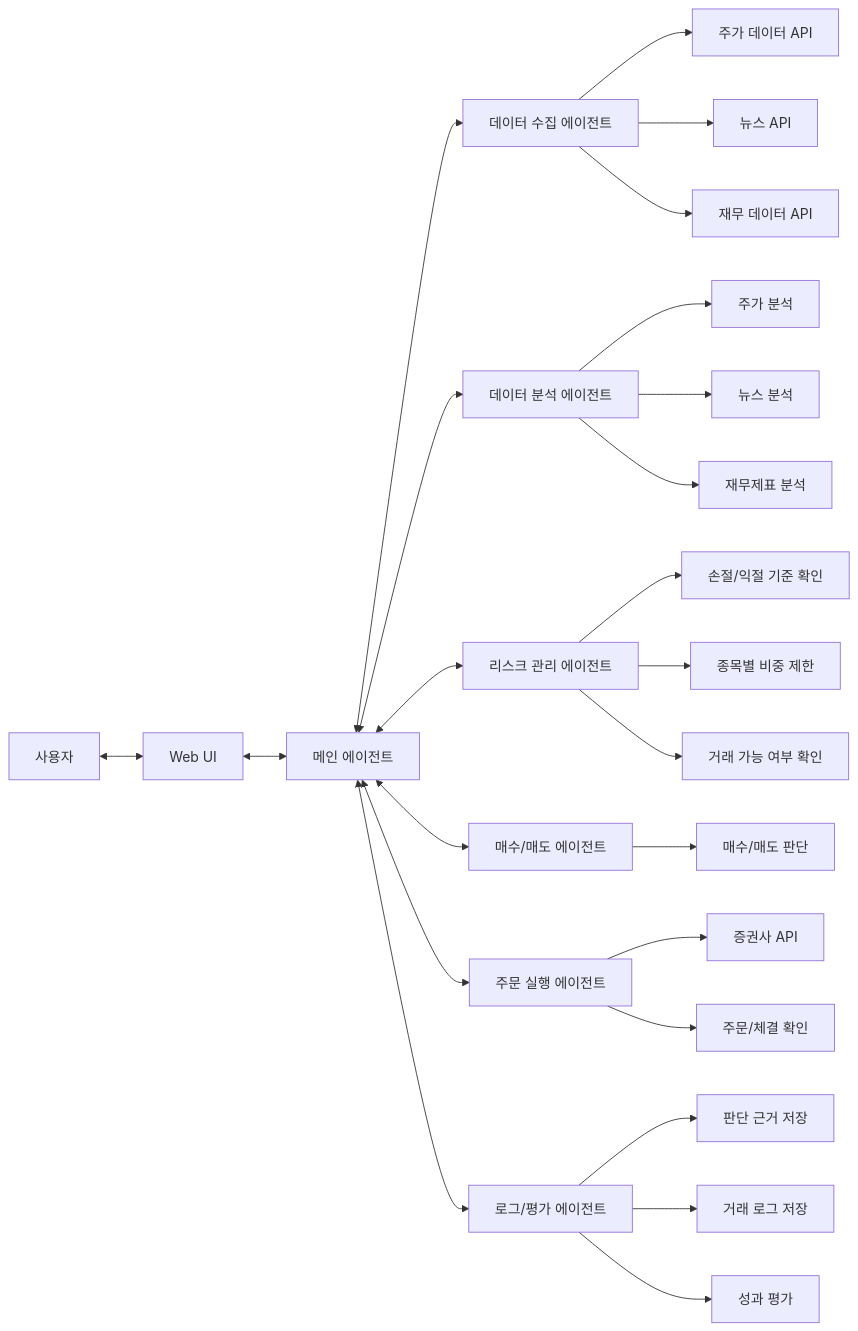
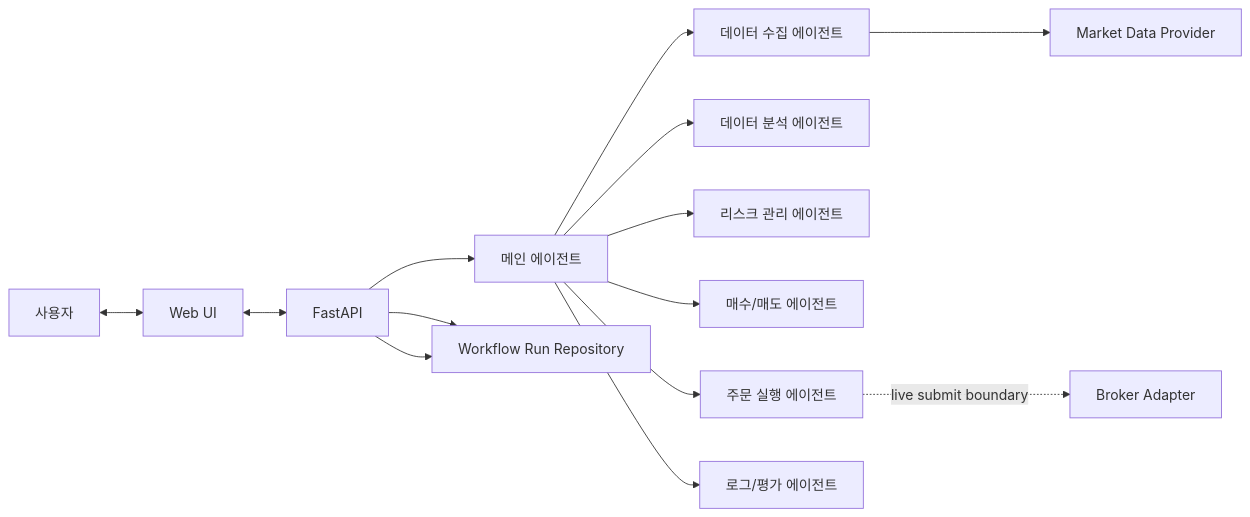
The diagram in docs/architecture.md (lukakas0213/agent-pay-for-urself), drawn with Mermaid before and after one commit. The commit also changed other lines of this file and 38 other files, not shown here.

````diff
--- a/docs/architecture.md
+++ b/docs/architecture.md
@@ -17,65 +18,34 @@
 ```mermaid
 flowchart LR
     U[사용자]
     UI[Web UI]
+    API[FastAPI]
     MA[메인 에이전트]
 
     DC[데이터 수집 에이전트]
     DA[데이터 분석 에이전트]
     RM[리스크 관리 에이전트]
     BS[매수/매도 에이전트]
     OE[주문 실행 에이전트]
     LE[로그/평가 에이전트]
 
-    PRICE[주가 데이터 API]
-    NEWS[뉴스 API]
-    FIN[재무 데이터 API]
-
-    PRICE_ANALYSIS[주가 분석]
-    NEWS_ANALYSIS[뉴스 분석]
-    FIN_ANALYSIS[재무제표 분석]
-
-    RISK_RULE[손절/익절 기준 확인]
-    POSITION_LIMIT[종목별 비중 제한]
-    TRADE_CHECK[거래 가능 여부 확인]
-
-    BUY_SELL_DECISION[매수/매도 판단]
-
-    BROKER[증권사 API]
-    ORDER_CHECK[주문/체결 확인]
-
-    DECISION_LOG[판단 근거 저장]
-    TRADE_LOG[거래 로그 저장]
-    PERFORMANCE[성과 평가]
+    MDP[Market Data Provider]
+    BA[Broker Adapter]
+    WR[Workflow Run Repository]
 
     U <--> UI
-    UI <--> MA
+    UI <--> API
+    API --> MA
+    API --> WR
 
-    MA <--> DC
-    MA <--> DA
-    MA <--> RM
-    MA <--> BS
-    MA <--> OE
-    MA <--> LE
+    MA --> DC
+    MA --> DA
+    MA --> RM
+    MA --> BS
+    MA --> OE
+    MA --> LE
 
-    DC --> PRICE
-    DC --> NEWS
-    DC --> FIN
-
-    DA --> PRICE_ANALYSIS
-    DA --> NEWS_ANALYSIS
-    DA --> FIN_ANALYSIS
-
-    RM --> RISK_RULE
-    RM --> POSITION_LIMIT
-    RM --> TRADE_CHECK
-
-    BS --> BUY_SELL_DECISION
-
-    OE --> BROKER
-    OE --> ORDER_CHECK
-
-    LE --> DECISION_LOG
-    LE --> TRADE_LOG
-    LE --> PERFORMANCE
+    DC --> MDP
+    OE -. live submit boundary .-> BA
+    API --> WR
 ```
````
